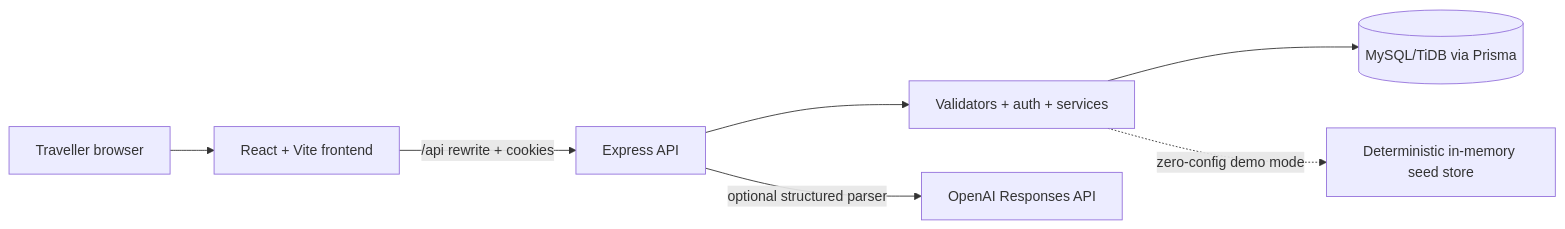
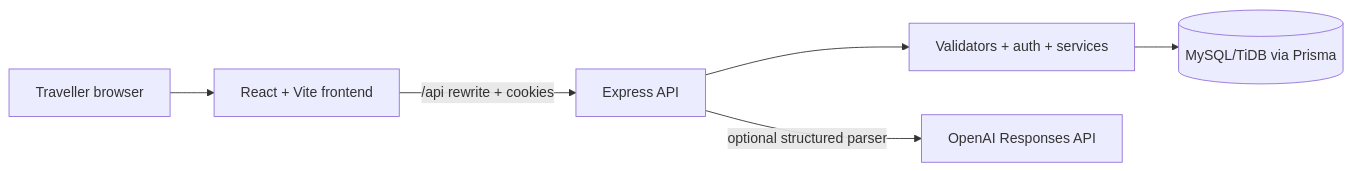
The diagram in ARCHITECTURE.md (marsh15/busbooking-app), drawn with Mermaid before and after one commit. The commit also changed other lines of this file and 21 other files, not shown here.

````diff
--- a/ARCHITECTURE.md
+++ b/ARCHITECTURE.md
@@ -5,9 +5,8 @@
 ```mermaid
 flowchart LR
   U[Traveller browser] --> F[React + Vite frontend]
   F -->|/api rewrite + cookies| A[Express API]
   A --> S[Validators + auth + services]
   S --> D[(MySQL/TiDB via Prisma)]
-  S -. zero-config demo mode .-> M[Deterministic in-memory seed store]
   A -->|optional structured parser| O[OpenAI Responses API]
 ```
````
